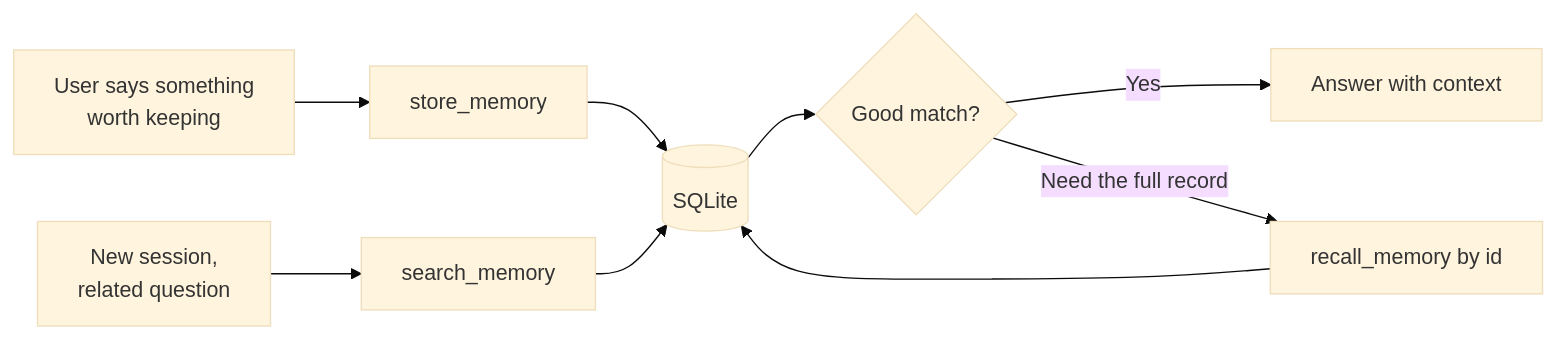
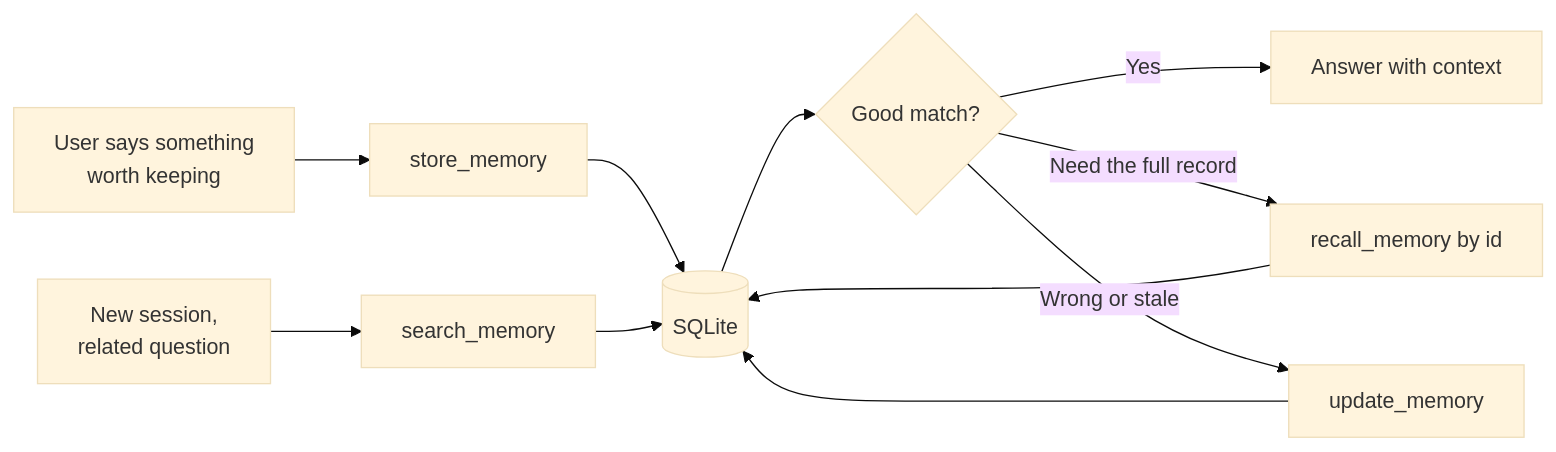
The diagram in docs/guide/mcp-tools.md (OpenAgentHQ/localmem-mcp), drawn with Mermaid (base theme) before and after one commit. The commit also changed other lines of this file and 7 other files, not shown here.

````diff
--- a/docs/guide/mcp-tools.md
+++ b/docs/guide/mcp-tools.md
@@ -183,11 +227,13 @@
 ```mermaid
 flowchart LR
     A[User says something<br/>worth keeping] --> B[store_memory]
     B --> C[(SQLite)]
     D[New session,<br/>related question] --> E[search_memory]
     E --> C
     C --> F{Good match?}
     F -->|Yes| G[Answer with context]
     F -->|Need the full record| H[recall_memory by id]
     H --> C
+    F -->|Wrong or stale| I[update_memory]
+    I --> C
 ```
````
